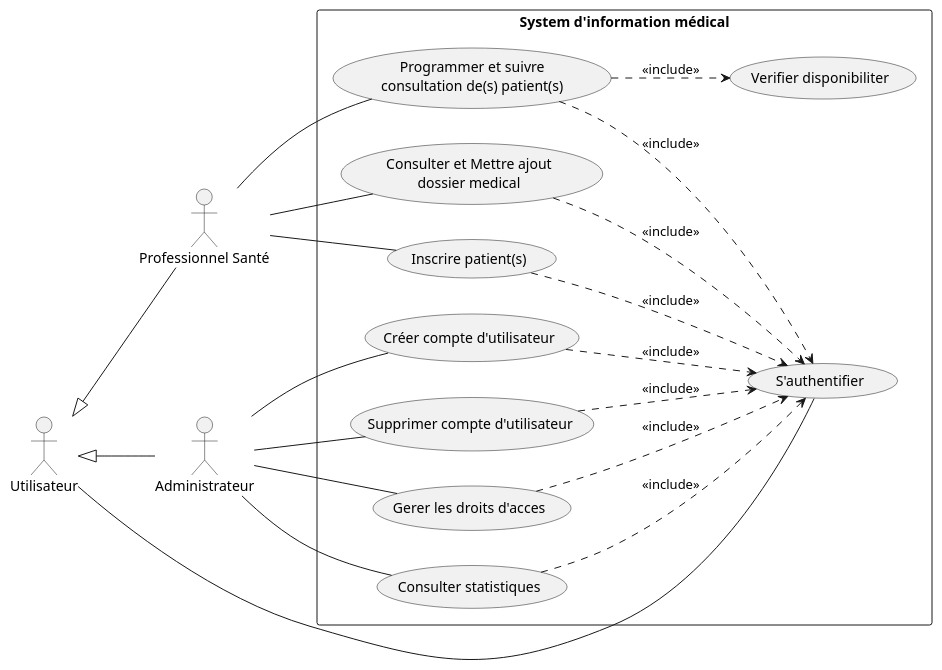
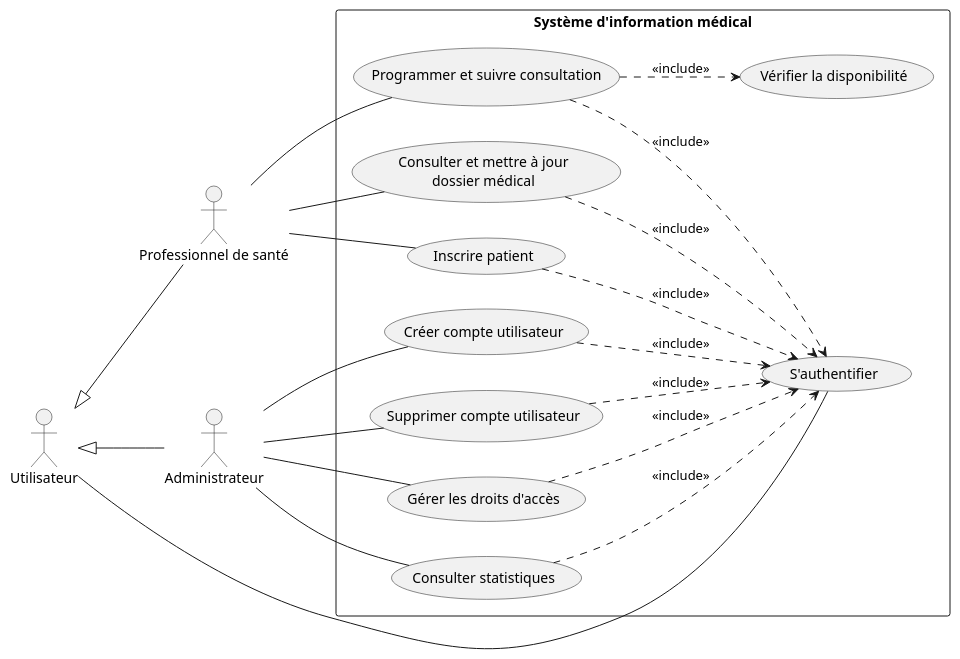
Before and after one commit to MiracleDvm/Groupe_24: the diagram in src/Diagrammes/cas-utilisation.puml, drawn with PlantUML.

```diff
--- a/src/Diagrammes/cas-utilisation.puml
+++ b/src/Diagrammes/cas-utilisation.puml
@@ -1,56 +1,48 @@
 @startuml
 left to right direction
 skinparam packageStyle rectangle
 
-' Définition des acteurs
-actor "Professionnel Santé" as Pro
+actor "Utilisateur" as User
+actor "Professionnel de santé" as Pro
 actor "Administrateur" as Admin
-actor "Utilisateur" as User
 
-' Héritage des acteurs (Les flèches qui contournent le cadre)
 User <|-- Pro
 User <|-- Admin
 
-rectangle "System d'information médical" {
+rectangle "Système d'information médical" {
 
-    ' Cas d'utilisation pour le Professionnel de Santé
-    usecase "Inscrire patient(s)" as UC_Inscrire
-    usecase "Programmer et suivre\nconsultation de(s) patient(s)" as UC_Programmer
-    usecase "Consulter et Mettre ajout\ndossier medical" as UC_Dossier
-    usecase "Verifier disponibiliter" as UC_Dispo
+  usecase "S'authentifier" as UC_Auth
 
-    ' Cas d'utilisation pour l'Administrateur
-    usecase "Créer compte d'utilisateur" as UC_CreerCompte
-    usecase "Supprimer compte d'utilisateur" as UC_SupprimerCompte
-    usecase "Gerer les droits d'acces" as UC_Droits
-    usecase "Consulter statistiques" as UC_Stats
+  usecase "Inscrire patient" as UC_Inscrire
+  usecase "Programmer et suivre consultation" as UC_Programmer
+  usecase "Consulter et mettre à jour\ndossier médical" as UC_Dossier
+  usecase "Vérifier la disponibilité" as UC_Dispo
 
-    ' Cas d'utilisation commun (Authentification)
-    usecase "S'authentifier" as UC_Auth
+  usecase "Créer compte utilisateur" as UC_CreerCompte
+  usecase "Supprimer compte utilisateur" as UC_SupprimerCompte
+  usecase "Gérer les droits d'accès" as UC_Droits
+  usecase "Consulter statistiques" as UC_Stats
+}
 
-    ' Relations Acteurs -> Cas d'utilisation
-    Pro -- UC_Inscrire
-    Pro -- UC_Programmer
-    Pro -- UC_Dossier
+Pro -- UC_Inscrire
+Pro -- UC_Programmer
+Pro -- UC_Dossier
 
-    Admin -- UC_CreerCompte
-    Admin -- UC_SupprimerCompte
-    Admin -- UC_Droits
-    Admin -- UC_Stats
+Admin -- UC_CreerCompte
+Admin -- UC_SupprimerCompte
+Admin -- UC_Droits
+Admin -- UC_Stats
 
-    ' Relation directe de l'Utilisateur (selon le diagramme)
-    User -- UC_Auth
+User -- UC_Auth
 
-    ' Relations <<include>> vers S'authentifier
-    UC_Inscrire ..> UC_Auth : <<include>>
-    UC_Programmer ..> UC_Auth : <<include>>
-    UC_Dossier ..> UC_Auth : <<include>>
-    UC_CreerCompte ..> UC_Auth : <<include>>
-    UC_SupprimerCompte ..> UC_Auth : <<include>>
-    UC_Droits ..> UC_Auth : <<include>>
-    UC_Stats ..> UC_Auth : <<include>>
+UC_Inscrire ..> UC_Auth : <<include>>
+UC_Programmer ..> UC_Auth : <<include>>
+UC_Dossier ..> UC_Auth : <<include>>
+UC_CreerCompte ..> UC_Auth : <<include>>
+UC_SupprimerCompte ..> UC_Auth : <<include>>
+UC_Droits ..> UC_Auth : <<include>>
+UC_Stats ..> UC_Auth : <<include>>
 
-    ' Autre relation <<include>> spécifique
-    UC_Programmer ..> UC_Dispo : <<include>>
-}
+UC_Programmer ..> UC_Dispo : <<include>>
+
 @enduml
```
